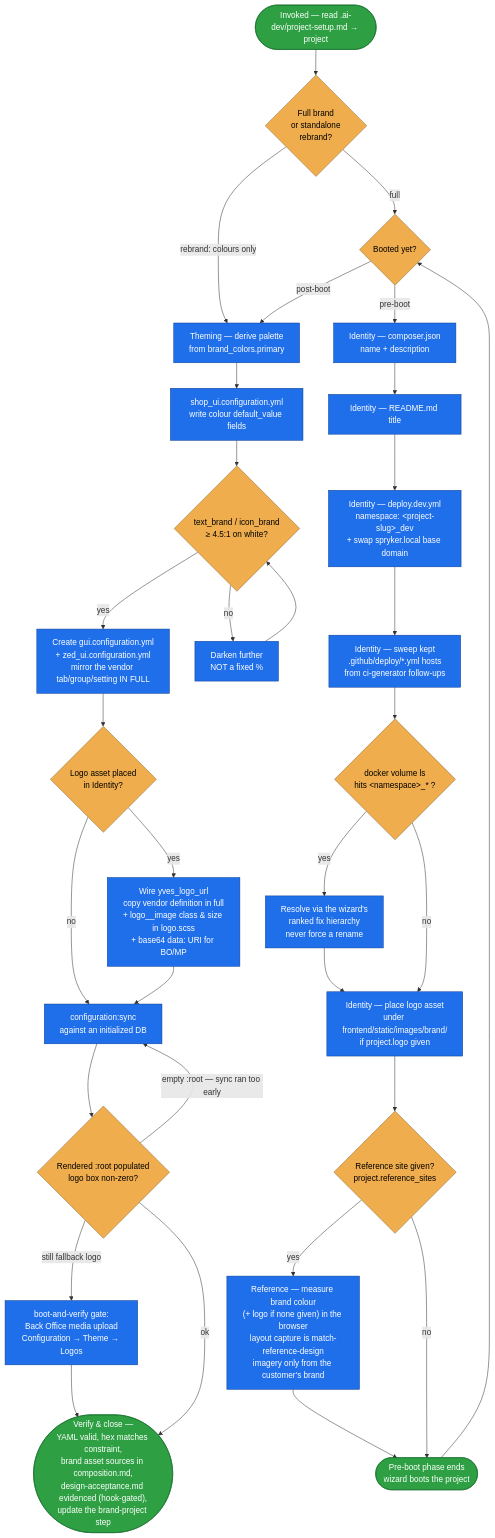
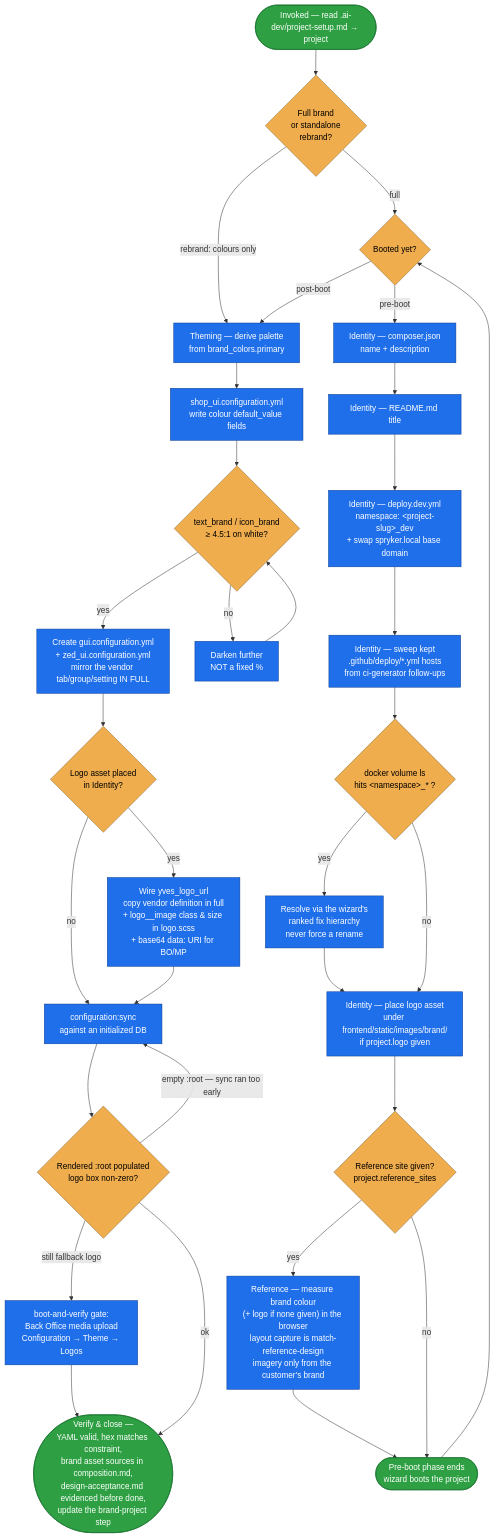
The diagram in plugins/spryker-ai-dev-sdk/skills/brand-project/README.md (spryker-sdk/ai-dev), drawn with Mermaid before and after one commit. The commit also changed 49 other files, not shown here.

````diff
--- a/plugins/spryker-ai-dev-sdk/skills/brand-project/README.md
+++ b/plugins/spryker-ai-dev-sdk/skills/brand-project/README.md
@@ -30,45 +30,45 @@
 ```mermaid
 flowchart TD
     A([Invoked — read .ai-dev/project-setup.md → project]) --> MODE{"Full brand<br/>or standalone<br/>rebrand?"}
 
     MODE -- "rebrand: colours only" --> T0
     MODE -- "full" --> BOOT{"Booted yet?"}
 
     BOOT -- "pre-boot" --> I1["Identity — composer.json<br/>name + description"]
     I1 --> I2["Identity — README.md title"]
     I2 --> I3["Identity — deploy.dev.yml<br/>namespace: &lt;project-slug&gt;_dev<br/>+ swap spryker.local base domain"]
     I3 --> I4["Identity — sweep kept<br/>.github/deploy/*.yml hosts<br/>from ci-generator follow-ups"]
     I4 --> VOL{"docker volume ls<br/>hits &lt;namespace&gt;_* ?"}
     VOL -- "yes" --> FIX["Resolve via the wizard's<br/>ranked fix hierarchy<br/>never force a rename"]
     FIX --> I5
     VOL -- "no" --> I5["Identity — place logo asset<br/>under frontend/static/images/brand/<br/>if project.logo given"]
     I5 --> C{"Reference site given?<br/>project.reference_sites"}
     C -- "yes" --> COMP["Reference — measure brand colour<br/>(+ logo if none given) in the browser<br/>layout capture is match-reference-design<br/>imagery only from the customer's brand"]
     COMP --> WAIT
     C -- "no" --> WAIT
     WAIT([Pre-boot phase ends<br/>wizard boots the project])
     WAIT --> BOOT
 
     BOOT -- "post-boot" --> T0["Theming — derive palette<br/>from brand_colors.primary"]
     T0 --> T1["shop_ui.configuration.yml<br/>write colour default_value fields"]
     T1 --> CONTRAST{"text_brand / icon_brand<br/>≥ 4.5:1 on white?"}
     CONTRAST -- "no" --> DARK["Darken further<br/>NOT a fixed %"]
     DARK --> CONTRAST
     CONTRAST -- "yes" --> T2["Create gui.configuration.yml<br/>+ zed_ui.configuration.yml<br/>mirror the vendor tab/group/setting IN FULL"]
     T2 --> T3{"Logo asset placed<br/>in Identity?"}
     T3 -- "no" --> T5
     T3 -- "yes" --> T4["Wire yves_logo_url<br/>copy vendor definition in full<br/>+ logo__image class &amp; size in logo.scss<br/>+ base64 data: URI for BO/MP"]
     T4 --> T5["configuration:sync<br/>against an initialized DB"]
     T5 --> V{"Rendered :root populated<br/>logo box non-zero?"}
     V -- "empty :root — sync ran too early" --> T5
     V -- "still fallback logo" --> UPLOAD["boot-and-verify gate:<br/>Back Office media upload<br/>Configuration → Theme → Logos"]
     UPLOAD --> Z
-    V -- "ok" --> Z(["Verify &amp; close —<br/>YAML valid, hex matches constraint,<br/>brand asset sources in composition.md,<br/>design-acceptance.md evidenced (hook-gated),<br/>update the brand-project step"])
+    V -- "ok" --> Z(["Verify &amp; close —<br/>YAML valid, hex matches constraint,<br/>brand asset sources in composition.md,<br/>design-acceptance.md evidenced before done,<br/>update the brand-project step"])
 
     classDef step fill:#1f6feb,stroke:#0b3d91,color:#fff;
     classDef decision fill:#f0ad4e,stroke:#8a6d3b,color:#000;
     classDef terminal fill:#2ea043,stroke:#176f2c,color:#fff;
     class I1,I2,I3,I4,I5,COMP,T0,T1,T2,T4,T5,DARK,FIX,UPLOAD step;
     class MODE,BOOT,C,VOL,CONTRAST,T3,V decision;
     class A,WAIT,Z terminal;
 ```
````
